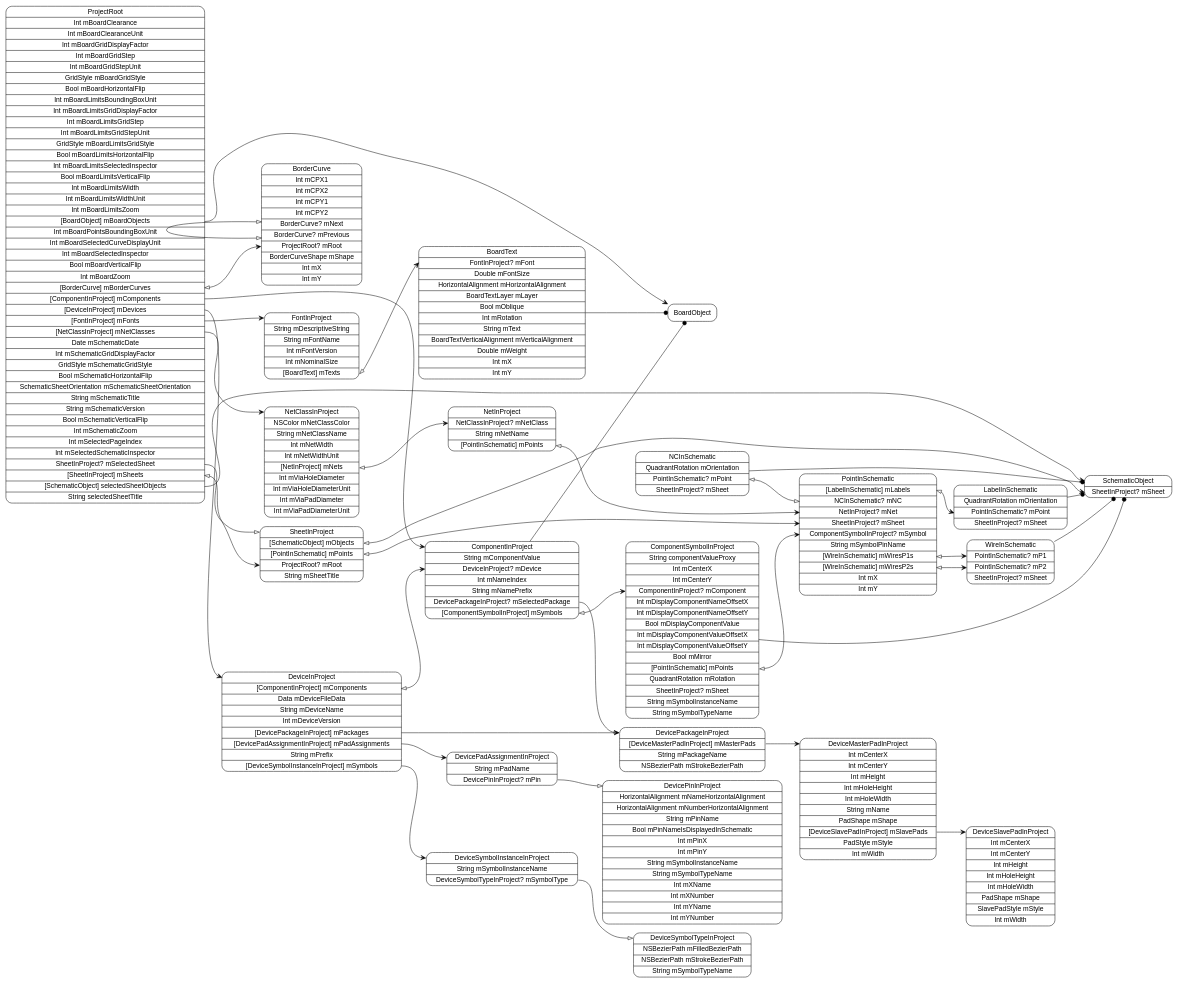
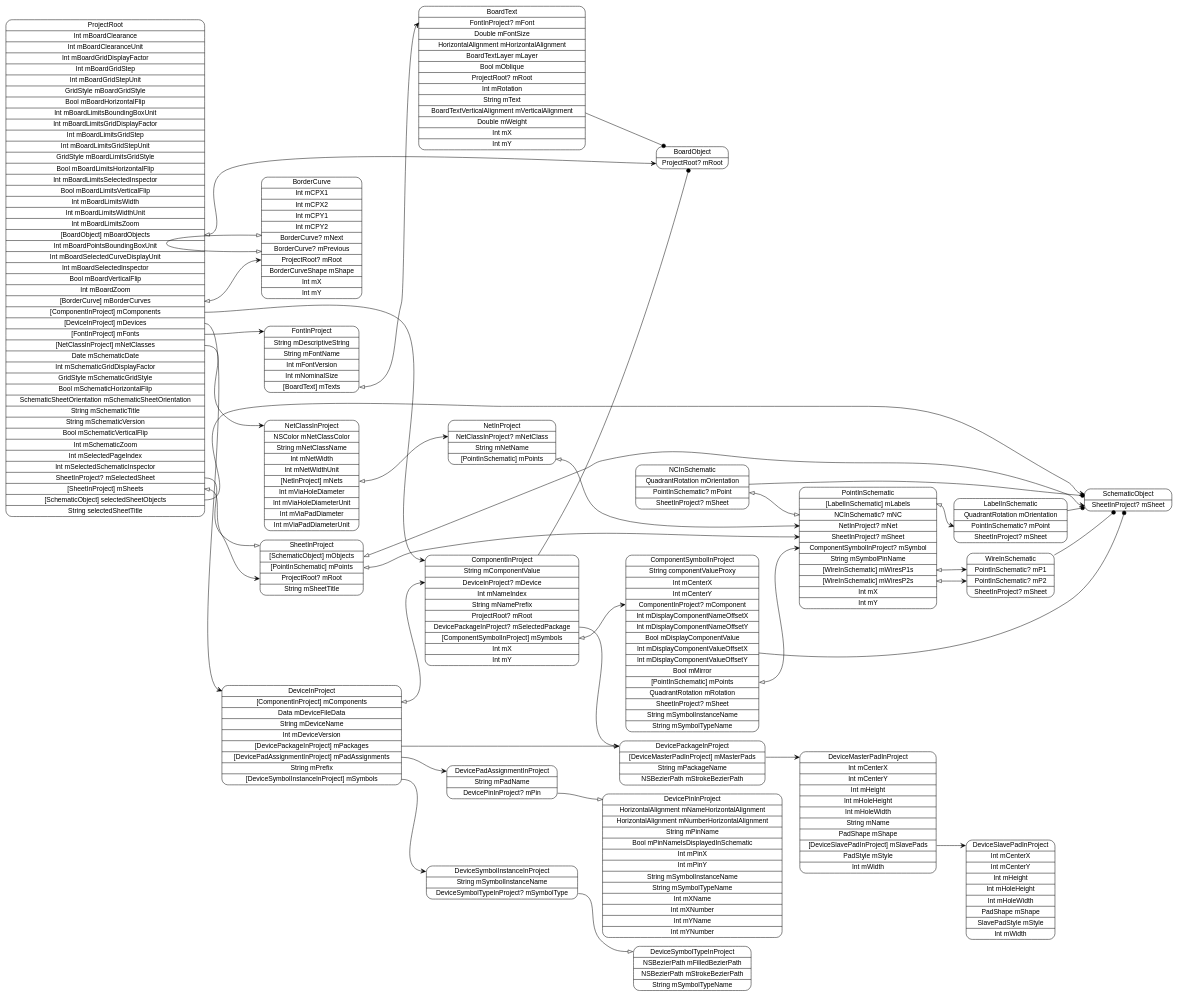
One commit to pierremolinaro/ElCanari-dev changed the diagram in models/ProjectRoot.dot. Above: the diagram before and after it, drawn with Graphviz. The commit also changed 20 other files, not shown here.

```diff
--- a/models/ProjectRoot.dot
+++ b/models/ProjectRoot.dot
@@ -1,63 +1,63 @@
 digraph G {
   rankdir=LR ;
   node [shape=record fontname=helvetica style=rounded] ;
   ProjectRoot[label="<ProjectRoot>ProjectRoot|Int mBoardClearance|Int mBoardClearanceUnit|Int mBoardGridDisplayFactor|Int mBoardGridStep|Int mBoardGridStepUnit|GridStyle mBoardGridStyle|Bool mBoardHorizontalFlip|Int mBoardLimitsBoundingBoxUnit|Int mBoardLimitsGridDisplayFactor|Int mBoardLimitsGridStep|Int mBoardLimitsGridStepUnit|GridStyle mBoardLimitsGridStyle|Bool mBoardLimitsHorizontalFlip|Int mBoardLimitsSelectedInspector|Bool mBoardLimitsVerticalFlip|Int mBoardLimitsWidth|Int mBoardLimitsWidthUnit|Int mBoardLimitsZoom|<mBoardObjects>[BoardObject] mBoardObjects|Int mBoardPointsBoundingBoxUnit|Int mBoardSelectedCurveDisplayUnit|Int mBoardSelectedInspector|Bool mBoardVerticalFlip|Int mBoardZoom|<mBorderCurves>[BorderCurve] mBorderCurves|<mComponents>[ComponentInProject] mComponents|<mDevices>[DeviceInProject] mDevices|<mFonts>[FontInProject] mFonts|<mNetClasses>[NetClassInProject] mNetClasses|Date mSchematicDate|Int mSchematicGridDisplayFactor|GridStyle mSchematicGridStyle|Bool mSchematicHorizontalFlip|SchematicSheetOrientation mSchematicSheetOrientation|String mSchematicTitle|String mSchematicVersion|Bool mSchematicVerticalFlip|Int mSchematicZoom|Int mSelectedPageIndex|Int mSelectedSchematicInspector|<mSelectedSheet>SheetInProject? mSelectedSheet|<mSheets>[SheetInProject] mSheets|<selectedSheetObjects>[SchematicObject] selectedSheetObjects|String selectedSheetTitle"] ;
   SchematicObject[label="<SchematicObject>SchematicObject|<mSheet>SheetInProject? mSheet"] ;
   SheetInProject[label="<SheetInProject>SheetInProject|<mObjects>[SchematicObject] mObjects|<mPoints>[PointInSchematic] mPoints|<mRoot>ProjectRoot? mRoot|String mSheetTitle"] ;
   PointInSchematic[label="<PointInSchematic>PointInSchematic|<mLabels>[LabelInSchematic] mLabels|<mNC>NCInSchematic? mNC|<mNet>NetInProject? mNet|<mSheet>SheetInProject? mSheet|<mSymbol>ComponentSymbolInProject? mSymbol|String mSymbolPinName|<mWiresP1s>[WireInSchematic] mWiresP1s|<mWiresP2s>[WireInSchematic] mWiresP2s|Int mX|Int mY"] ;
   WireInSchematic[label="<WireInSchematic>WireInSchematic|<mP1>PointInSchematic? mP1|<mP2>PointInSchematic? mP2|<mSheet>SheetInProject? mSheet"] ;
   NCInSchematic[label="<NCInSchematic>NCInSchematic|QuadrantRotation mOrientation|<mPoint>PointInSchematic? mPoint|<mSheet>SheetInProject? mSheet"] ;
   LabelInSchematic[label="<LabelInSchematic>LabelInSchematic|QuadrantRotation mOrientation|<mPoint>PointInSchematic? mPoint|<mSheet>SheetInProject? mSheet"] ;
   NetClassInProject[label="<NetClassInProject>NetClassInProject|NSColor mNetClassColor|String mNetClassName|Int mNetWidth|Int mNetWidthUnit|<mNets>[NetInProject] mNets|Int mViaHoleDiameter|Int mViaHoleDiameterUnit|Int mViaPadDiameter|Int mViaPadDiameterUnit"] ;
   NetInProject[label="<NetInProject>NetInProject|<mNetClass>NetClassInProject? mNetClass|String mNetName|<mPoints>[PointInSchematic] mPoints"] ;
   FontInProject[label="<FontInProject>FontInProject|String mDescriptiveString|String mFontName|Int mFontVersion|Int mNominalSize|<mTexts>[BoardText] mTexts"] ;
-  BoardText[label="<BoardText>BoardText|<mFont>FontInProject? mFont|Double mFontSize|HorizontalAlignment mHorizontalAlignment|BoardTextLayer mLayer|Bool mOblique|Int mRotation|String mText|BoardTextVerticalAlignment mVerticalAlignment|Double mWeight|Int mX|Int mY"] ;
+  BoardText[label="<BoardText>BoardText|<mFont>FontInProject? mFont|Double mFontSize|HorizontalAlignment mHorizontalAlignment|BoardTextLayer mLayer|Bool mOblique|<mRoot>ProjectRoot? mRoot|Int mRotation|String mText|BoardTextVerticalAlignment mVerticalAlignment|Double mWeight|Int mX|Int mY"] ;
   DeviceInProject[label="<DeviceInProject>DeviceInProject|<mComponents>[ComponentInProject] mComponents|Data mDeviceFileData|String mDeviceName|Int mDeviceVersion|<mPackages>[DevicePackageInProject] mPackages|<mPadAssignments>[DevicePadAssignmentInProject] mPadAssignments|String mPrefix|<mSymbols>[DeviceSymbolInstanceInProject] mSymbols"] ;
   DeviceSymbolInstanceInProject[label="<DeviceSymbolInstanceInProject>DeviceSymbolInstanceInProject|String mSymbolInstanceName|<mSymbolType>DeviceSymbolTypeInProject? mSymbolType"] ;
   DeviceSymbolTypeInProject[label="<DeviceSymbolTypeInProject>DeviceSymbolTypeInProject|NSBezierPath mFilledBezierPath|NSBezierPath mStrokeBezierPath|String mSymbolTypeName"] ;
   DevicePadAssignmentInProject[label="<DevicePadAssignmentInProject>DevicePadAssignmentInProject|String mPadName|<mPin>DevicePinInProject? mPin"] ;
   DevicePinInProject[label="<DevicePinInProject>DevicePinInProject|HorizontalAlignment mNameHorizontalAlignment|HorizontalAlignment mNumberHorizontalAlignment|String mPinName|Bool mPinNameIsDisplayedInSchematic|Int mPinX|Int mPinY|String mSymbolInstanceName|String mSymbolTypeName|Int mXName|Int mXNumber|Int mYName|Int mYNumber"] ;
   DevicePackageInProject[label="<DevicePackageInProject>DevicePackageInProject|<mMasterPads>[DeviceMasterPadInProject] mMasterPads|String mPackageName|NSBezierPath mStrokeBezierPath"] ;
   DeviceMasterPadInProject[label="<DeviceMasterPadInProject>DeviceMasterPadInProject|Int mCenterX|Int mCenterY|Int mHeight|Int mHoleHeight|Int mHoleWidth|String mName|PadShape mShape|<mSlavePads>[DeviceSlavePadInProject] mSlavePads|PadStyle mStyle|Int mWidth"] ;
   DeviceSlavePadInProject[label="<DeviceSlavePadInProject>DeviceSlavePadInProject|Int mCenterX|Int mCenterY|Int mHeight|Int mHoleHeight|Int mHoleWidth|PadShape mShape|SlavePadStyle mStyle|Int mWidth"] ;
-  ComponentInProject[label="<ComponentInProject>ComponentInProject|String mComponentValue|<mDevice>DeviceInProject? mDevice|Int mNameIndex|String mNamePrefix|<mSelectedPackage>DevicePackageInProject? mSelectedPackage|<mSymbols>[ComponentSymbolInProject] mSymbols"] ;
+  ComponentInProject[label="<ComponentInProject>ComponentInProject|String mComponentValue|<mDevice>DeviceInProject? mDevice|Int mNameIndex|String mNamePrefix|<mRoot>ProjectRoot? mRoot|<mSelectedPackage>DevicePackageInProject? mSelectedPackage|<mSymbols>[ComponentSymbolInProject] mSymbols|Int mX|Int mY"] ;
   ComponentSymbolInProject[label="<ComponentSymbolInProject>ComponentSymbolInProject|String componentValueProxy|Int mCenterX|Int mCenterY|<mComponent>ComponentInProject? mComponent|Int mDisplayComponentNameOffsetX|Int mDisplayComponentNameOffsetY|Bool mDisplayComponentValue|Int mDisplayComponentValueOffsetX|Int mDisplayComponentValueOffsetY|Bool mMirror|<mPoints>[PointInSchematic] mPoints|QuadrantRotation mRotation|<mSheet>SheetInProject? mSheet|String mSymbolInstanceName|String mSymbolTypeName"] ;
   BorderCurve[label="<BorderCurve>BorderCurve|Int mCPX1|Int mCPX2|Int mCPY1|Int mCPY2|<mNext>BorderCurve? mNext|<mPrevious>BorderCurve? mPrevious|<mRoot>ProjectRoot? mRoot|BorderCurveShape mShape|Int mX|Int mY"] ;
-  BoardObject[label="<BoardObject>BoardObject"] ;
-  ProjectRoot:mBoardObjects -> BoardObject:BoardObject [dir=both arrowtail=none arrowhead=vee] ;
+  BoardObject[label="<BoardObject>BoardObject|<mRoot>ProjectRoot? mRoot"] ;
+  ProjectRoot:mBoardObjects -> BoardObject:mRoot [dir=both arrowtail=onormal arrowhead=vee] ;
   ProjectRoot:mBorderCurves -> BorderCurve:mRoot [dir=both arrowtail=onormal arrowhead=vee] ;
   ProjectRoot:mComponents -> ComponentInProject:ComponentInProject [dir=both arrowtail=none arrowhead=vee] ;
   ProjectRoot:mDevices -> DeviceInProject:DeviceInProject [dir=both arrowtail=none arrowhead=vee] ;
   ProjectRoot:mFonts -> FontInProject:FontInProject [dir=both arrowtail=none arrowhead=vee] ;
   ProjectRoot:mNetClasses -> NetClassInProject:NetClassInProject [dir=both arrowtail=none arrowhead=vee] ;
   ProjectRoot:mSelectedSheet -> SheetInProject:SheetInProject [dir=both arrowtail=none arrowhead=onormal] ;
   ProjectRoot:mSheets -> SheetInProject:mRoot [dir=both arrowtail=onormal arrowhead=vee] ;
   ProjectRoot:selectedSheetObjects -> SchematicObject:SchematicObject [dir=both arrowtail=none arrowhead=vee] ;
   SheetInProject:mObjects -> SchematicObject:mSheet [dir=both arrowtail=onormal arrowhead=vee] ;
   SheetInProject:mPoints -> PointInSchematic:mSheet [dir=both arrowtail=onormal arrowhead=vee] ;
   PointInSchematic:mLabels -> LabelInSchematic:mPoint [dir=both arrowtail=onormal arrowhead=vee] ;
   PointInSchematic:mWiresP1s -> WireInSchematic:mP1 [dir=both arrowtail=onormal arrowhead=vee] ;
   PointInSchematic:mWiresP2s -> WireInSchematic:mP2 [dir=both arrowtail=onormal arrowhead=vee] ;
   WireInSchematic -> SchematicObject [arrowhead=dot] ;
   NCInSchematic -> SchematicObject [arrowhead=dot] ;
   NCInSchematic:mPoint -> PointInSchematic:mNC [dir=both arrowtail=onormal arrowhead=onormal] ;
   LabelInSchematic -> SchematicObject [arrowhead=dot] ;
   NetClassInProject:mNets -> NetInProject:mNetClass [dir=both arrowtail=onormal arrowhead=vee] ;
   NetInProject:mPoints -> PointInSchematic:mNet [dir=both arrowtail=onormal arrowhead=vee] ;
   FontInProject:mTexts -> BoardText:mFont [dir=both arrowtail=onormal arrowhead=vee] ;
   BoardText -> BoardObject [arrowhead=dot] ;
   DeviceInProject:mComponents -> ComponentInProject:mDevice [dir=both arrowtail=onormal arrowhead=vee] ;
   DeviceInProject:mPackages -> DevicePackageInProject:DevicePackageInProject [dir=both arrowtail=none arrowhead=vee] ;
   DeviceInProject:mPadAssignments -> DevicePadAssignmentInProject:DevicePadAssignmentInProject [dir=both arrowtail=none arrowhead=vee] ;
   DeviceInProject:mSymbols -> DeviceSymbolInstanceInProject:DeviceSymbolInstanceInProject [dir=both arrowtail=none arrowhead=vee] ;
   DeviceSymbolInstanceInProject:mSymbolType -> DeviceSymbolTypeInProject:DeviceSymbolTypeInProject [dir=both arrowtail=none arrowhead=onormal] ;
   DevicePadAssignmentInProject:mPin -> DevicePinInProject:DevicePinInProject [dir=both arrowtail=none arrowhead=onormal] ;
   DevicePackageInProject:mMasterPads -> DeviceMasterPadInProject:DeviceMasterPadInProject [dir=both arrowtail=none arrowhead=vee] ;
   DeviceMasterPadInProject:mSlavePads -> DeviceSlavePadInProject:DeviceSlavePadInProject [dir=both arrowtail=none arrowhead=vee] ;
   ComponentInProject -> BoardObject [arrowhead=dot] ;
   ComponentInProject:mSelectedPackage -> DevicePackageInProject:DevicePackageInProject [dir=both arrowtail=none arrowhead=onormal] ;
   ComponentInProject:mSymbols -> ComponentSymbolInProject:mComponent [dir=both arrowtail=onormal arrowhead=vee] ;
   ComponentSymbolInProject -> SchematicObject [arrowhead=dot] ;
   ComponentSymbolInProject:mPoints -> PointInSchematic:mSymbol [dir=both arrowtail=onormal arrowhead=vee] ;
   BorderCurve:mPrevious -> BorderCurve:mNext [dir=both arrowtail=onormal arrowhead=onormal] ;
 }
```
